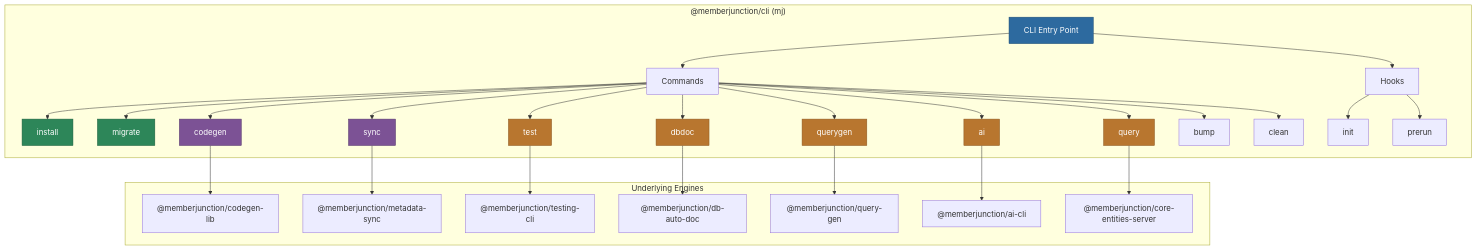
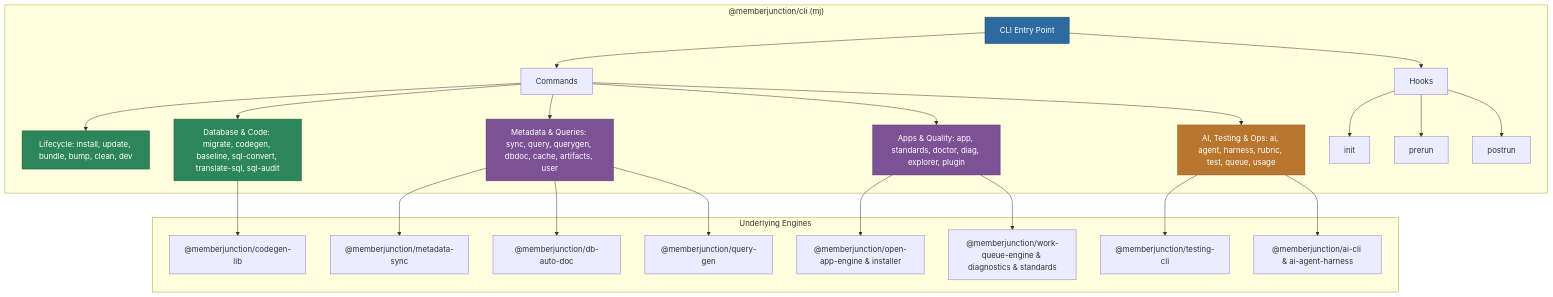
The diagram in packages/MJCLI/README.md (MemberJunction/MJ), drawn with Mermaid before and after one commit. The commit also changed other lines of this file and 20 other files, not shown here.

Commit message:
docs(cli): complete MJCLI reference, docs drift guard, usage fix & harness binary health probe

````diff
--- a/packages/MJCLI/README.md
+++ b/packages/MJCLI/README.md
@@ -7,50 +7,43 @@
 ```mermaid
 graph TD
     subgraph "@memberjunction/cli (mj)"
         A[CLI Entry Point] --> B[Commands]
-        B --> C[install]
-        B --> D[migrate]
-        B --> E[codegen]
-        B --> F[sync]
-        B --> G[ai]
-        B --> H[test]
-        B --> I[dbdoc]
-        B --> J[querygen]
-        B --> Q2[query]
-        B --> K[bump]
-        B --> L[clean]
+        B --> C["Lifecycle: install, update, bundle, bump, clean, dev"]
+        B --> D["Database & Code: migrate, codegen, baseline, sql-convert, translate-sql, sql-audit"]
+        B --> E["Metadata & Queries: sync, query, querygen, dbdoc, cache, artifacts, user"]
+        B --> F["Apps & Quality: app, standards, doctor, diag, explorer, plugin"]
+        B --> G["AI, Testing & Ops: ai, agent, harness, rubric, test, queue, usage"]
 
         A --> M[Hooks]
         M --> N[init]
         M --> O[prerun]
+        M --> P2[postrun]
     end
 
     subgraph "Underlying Engines"
         P["@memberjunction/codegen-lib"]
         Q["@memberjunction/metadata-sync"]
         R["@memberjunction/testing-cli"]
         S["@memberjunction/db-auto-doc"]
         T["@memberjunction/query-gen"]
-        U["@memberjunction/ai-cli"]
-        V["@memberjunction/core-entities-server"]
+        U["@memberjunction/ai-cli & ai-agent-harness"]
+        V["@memberjunction/open-app-engine & installer"]
+        W["@memberjunction/work-queue-engine & diagnostics & standards"]
     end
 
-    E --> P
-    F --> Q
-    H --> R
-    I --> S
-    J --> T
+    D --> P
+    E --> Q
+    G --> R
+    E --> S
+    E --> T
     G --> U
-    Q2 --> V
+    F --> V
+    F --> W
 
     style A fill:#2d6a9f,stroke:#1a4971,color:#fff
     style C fill:#2d8659,stroke:#1a5c3a,color:#fff
     style D fill:#2d8659,stroke:#1a5c3a,color:#fff
     style E fill:#7c5295,stroke:#563a6b,color:#fff
     style F fill:#7c5295,stroke:#563a6b,color:#fff
     style G fill:#b8762f,stroke:#8a5722,color:#fff
-    style H fill:#b8762f,stroke:#8a5722,color:#fff
-    style I fill:#b8762f,stroke:#8a5722,color:#fff
-    style J fill:#b8762f,stroke:#8a5722,color:#fff
-    style Q2 fill:#b8762f,stroke:#8a5722,color:#fff
 ```
````
